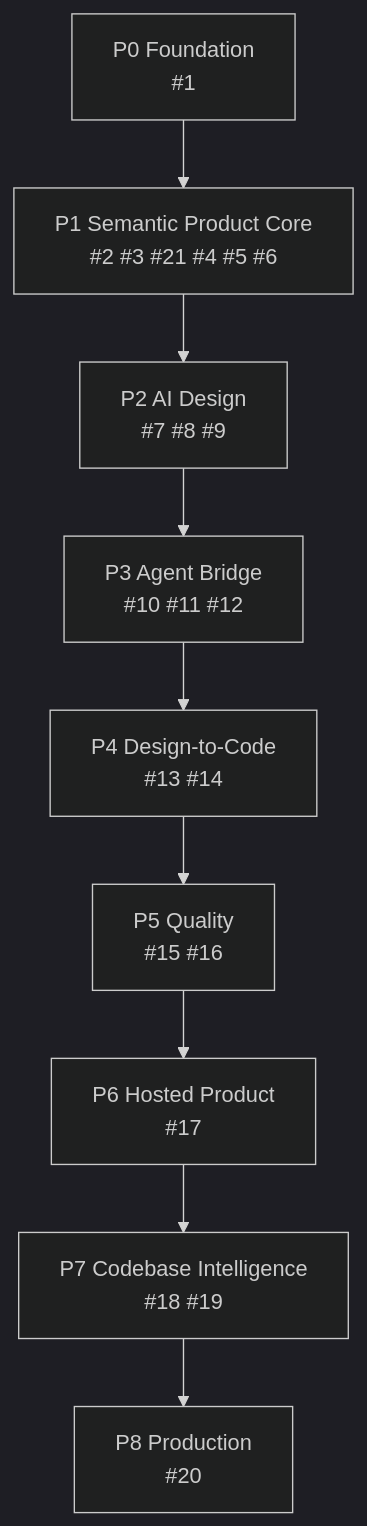
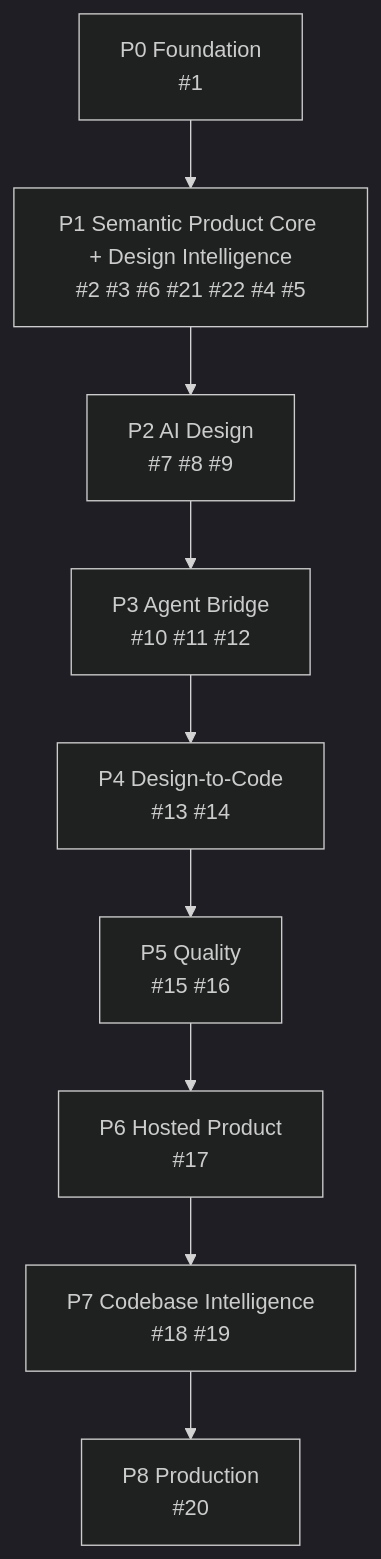
The diagram in docs/ROADMAP.md (tuanpham09/UIForge), drawn with Mermaid (dark theme) before and after one commit. The commit also changed other lines of this file, not shown here.

Commit message:
docs: place design intelligence in roadmap

```diff
--- a/docs/ROADMAP.md
+++ b/docs/ROADMAP.md
@@ -5,14 +5,14 @@
 ~~~mermaid
 flowchart TB
     P0["P0 Foundation<br/>#1"]
-    P1["P1 Semantic Product Core<br/>#2 #3 #21 #4 #5 #6"]
+    P1["P1 Semantic Product Core + Design Intelligence<br/>#2 #3 #6 #21 #22 #4 #5"]
     P2["P2 AI Design<br/>#7 #8 #9"]
     P3["P3 Agent Bridge<br/>#10 #11 #12"]
     P4["P4 Design-to-Code<br/>#13 #14"]
     P5["P5 Quality<br/>#15 #16"]
     P6["P6 Hosted Product<br/>#17"]
     P7["P7 Codebase Intelligence<br/>#18 #19"]
     P8["P8 Production<br/>#20"]
 
     P0 --> P1 --> P2 --> P3 --> P4 --> P5 --> P6 --> P7 --> P8
 ~~~
```
